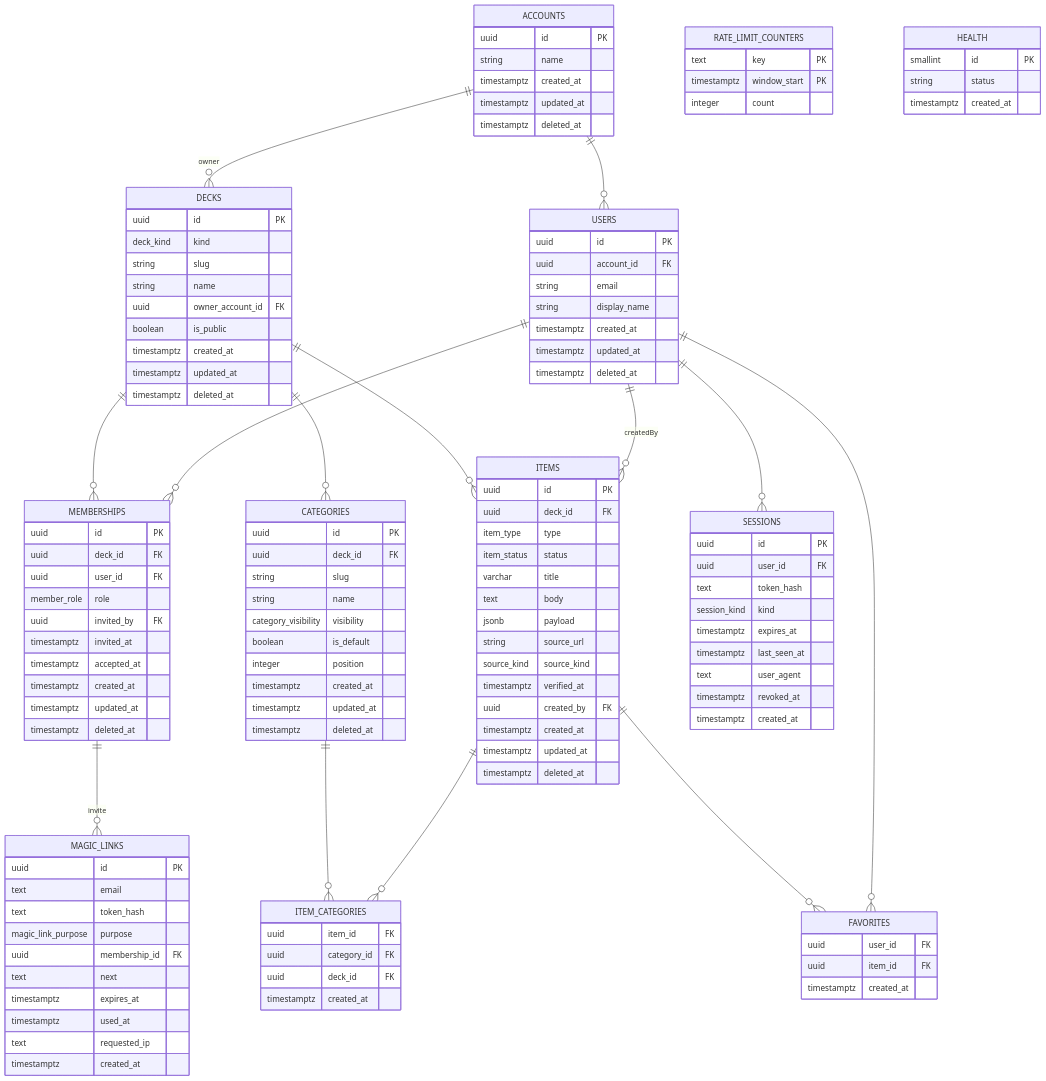
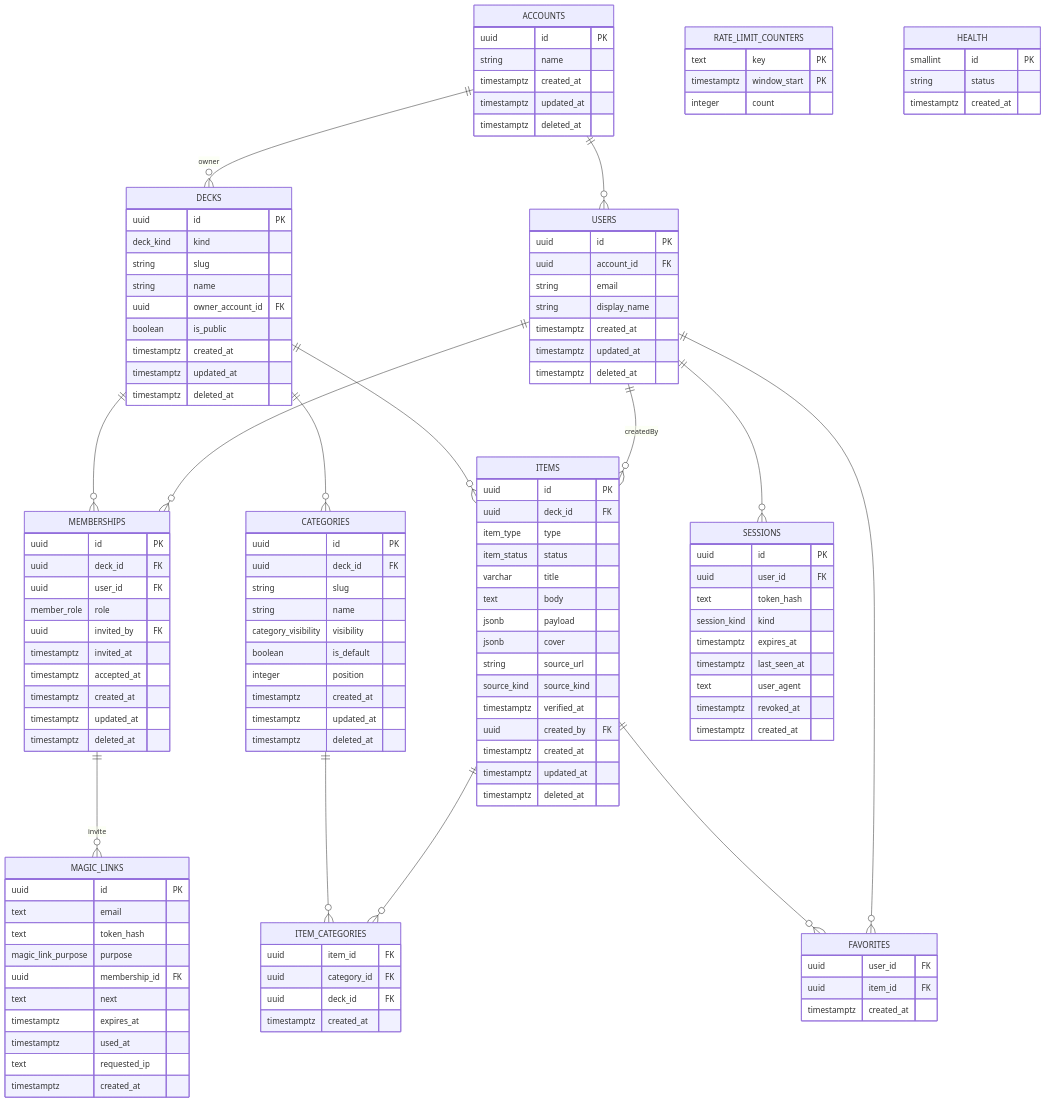
One commit to Gobbit-App/service changed the diagram in docs/design/data-model.md. Above: the diagram before and after it, drawn with Mermaid. The commit also changed other lines of this file and 11 other files, not shown here.

```diff
--- a/docs/design/data-model.md
+++ b/docs/design/data-model.md
@@ -71,6 +71,7 @@
     varchar title
     text body
     jsonb payload
+    jsonb cover
     string source_url
     source_kind source_kind
     timestamptz verified_at
```
